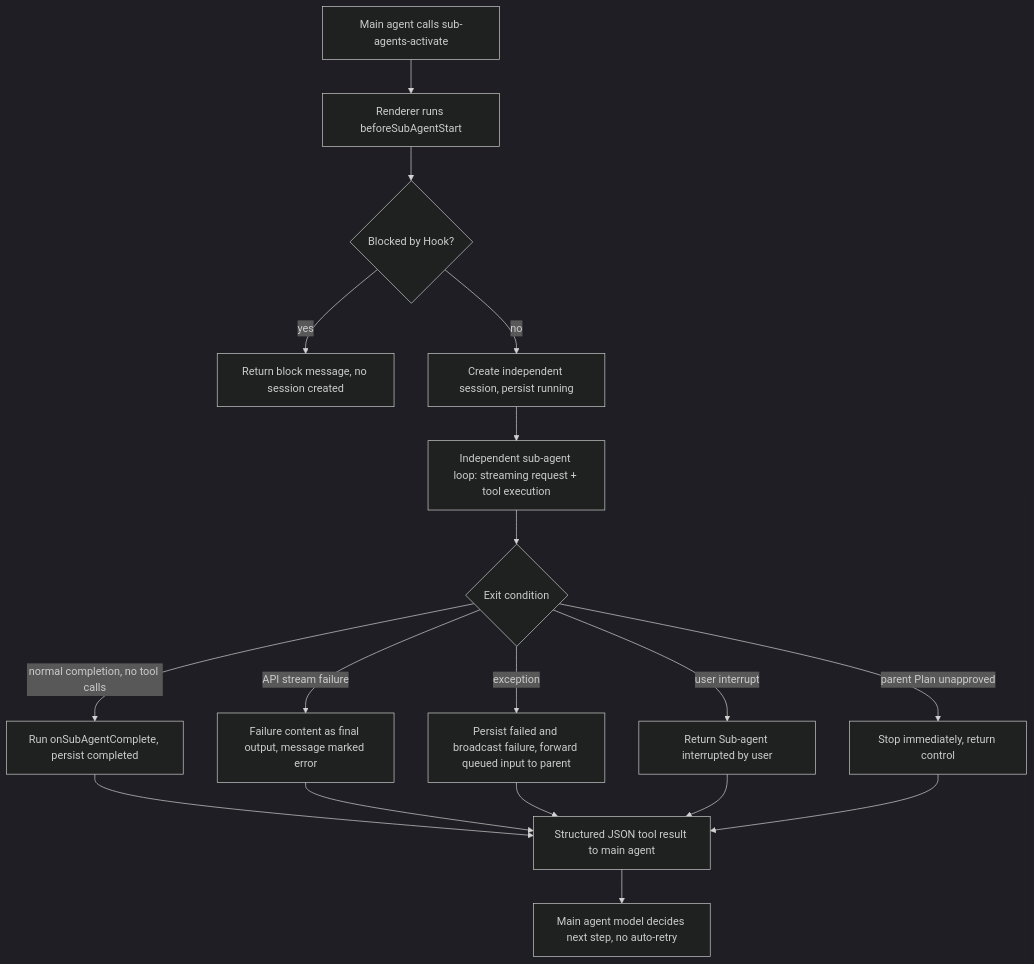
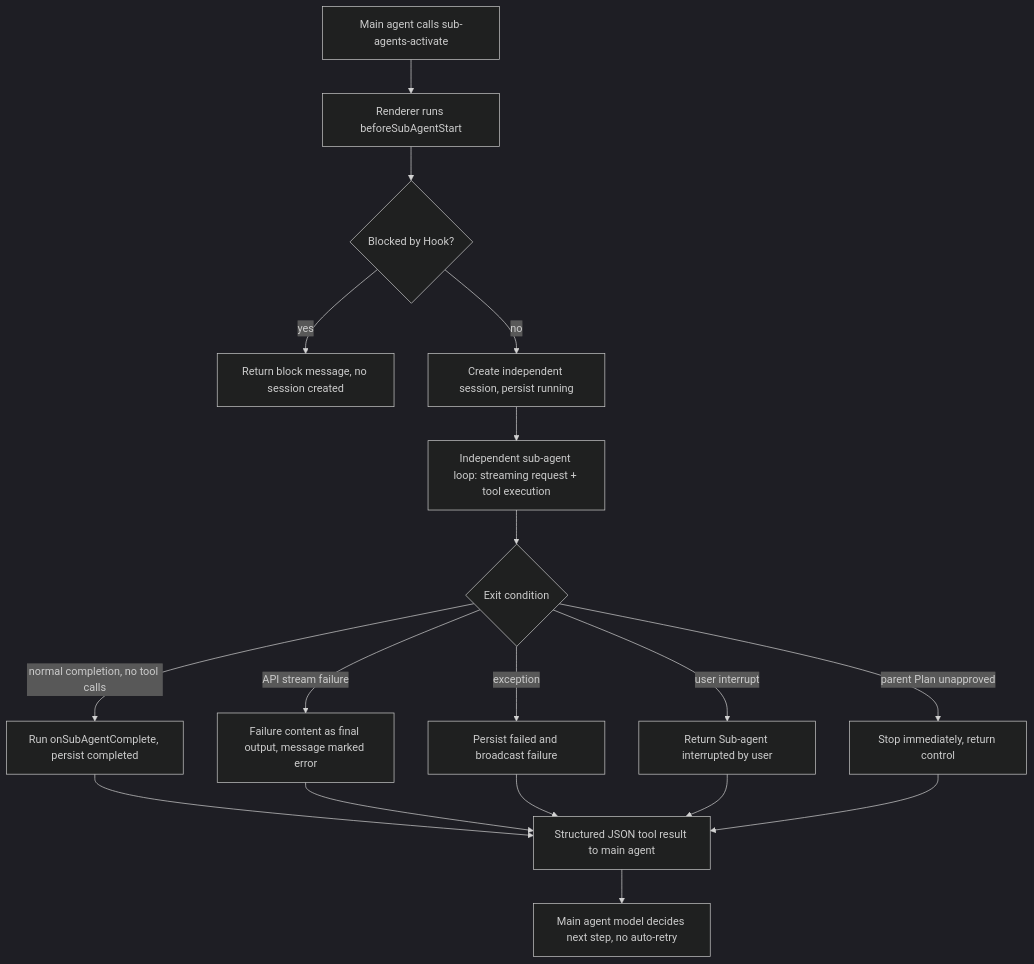
One commit to BaSui01/snow-app changed diagram 18 of 23 in docs/en/4-architecture-and-development/4-agent-runtime-and-tool-orchestration.md. Above: the diagram before and after it, drawn with Mermaid (dark theme). The commit also changed other lines of this file and 3 other files, not shown here.

First line of the commit message:
docs(architecture): 补充异步子代理渲染层流程图并修正过期描述

````diff
--- a/docs/en/4-architecture-and-development/4-agent-runtime-and-tool-orchestration.md
+++ b/docs/en/4-architecture-and-development/4-agent-runtime-and-tool-orchestration.md
@@ -589,20 +645,20 @@
 ```mermaid
 flowchart TD
     A[Main agent calls sub-agents-activate] --> B[Renderer runs beforeSubAgentStart]
     B --> C{Blocked by Hook?}
     C -->|yes| X[Return block message, no session created]
     C -->|no| D[Create independent session, persist running]
     D --> E[Independent sub-agent loop: streaming request + tool execution]
     E --> F{Exit condition}
     F -->|normal completion, no tool calls| G[Run onSubAgentComplete, persist completed]
     F -->|API stream failure| H[Failure content as final output, message marked error]
-    F -->|exception| I[Persist failed and broadcast failure, forward queued input to parent]
+    F -->|exception| I[Persist failed and broadcast failure]
     F -->|user interrupt| J[Return Sub-agent interrupted by user]
     F -->|parent Plan unapproved| K[Stop immediately, return control]
     G --> L[Structured JSON tool result to main agent]
     H --> L
     I --> L
     J --> L
     K --> L
     L --> M[Main agent model decides next step, no auto-retry]
 ```
````
